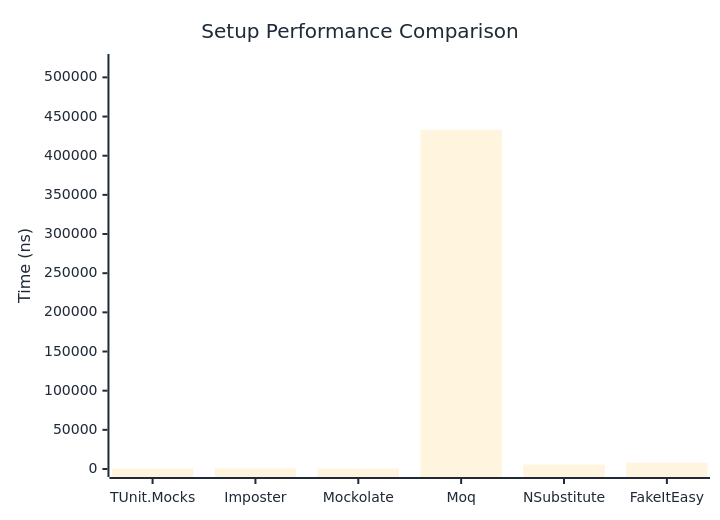
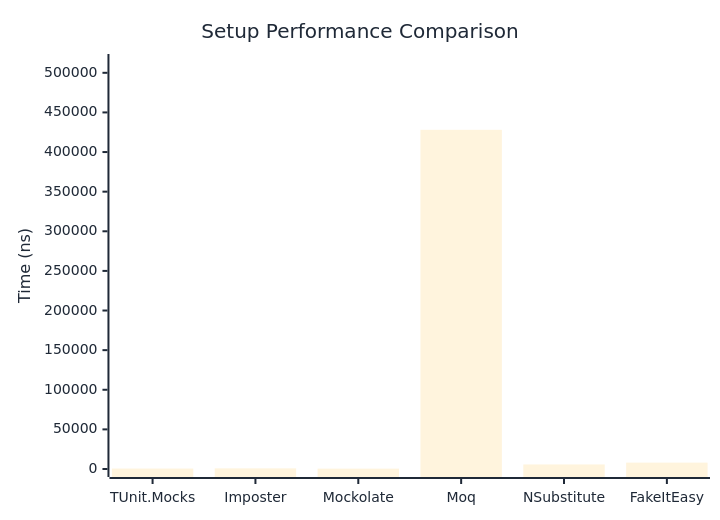
One commit to thomhurst/TUnit changed the first of 2 diagrams in docs/docs/benchmarks/mocks/Setup.md. Above: the diagram before and after it, drawn with Mermaid. The commit also changed other lines of this file and 14 other files, not shown here.

````diff
--- a/docs/docs/benchmarks/mocks/Setup.md
+++ b/docs/docs/benchmarks/mocks/Setup.md
@@ -28,27 +28,27 @@
 ```mermaid
 %%{init: {
   'theme':'base',
   'themeVariables': {
     'primaryColor': '#2563eb',
     'primaryTextColor': '#1f2937',
     'primaryBorderColor': '#1e40af',
     'lineColor': '#6b7280',
     'secondaryColor': '#7c3aed',
     'tertiaryColor': '#dc2626',
     'background': '#ffffff',
     'pie1': '#2563eb',
     'pie2': '#7c3aed',
     'pie3': '#dc2626',
     'pie4': '#f59e0b',
     'pie5': '#10b981',
     'pie6': '#06b6d4',
     'pie7': '#ec4899',
     'pie8': '#6366f1'
   }
 }}%%
 xychart-beta
   title "Setup Performance Comparison"
   x-axis ["TUnit.Mocks", "Imposter", "Mockolate", "Moq", "NSubstitute", "FakeItEasy"]
-  y-axis "Time (ns)" 0 --> 519636
-  bar [605.2, 889.7, 534.2, 433029.3, 5727.9, 8193.3]
+  y-axis "Time (ns)" 0 --> 513638
+  bar [546.2, 802.1, 435.2, 428031.2, 5744.8, 8043.5]
 ```
````
